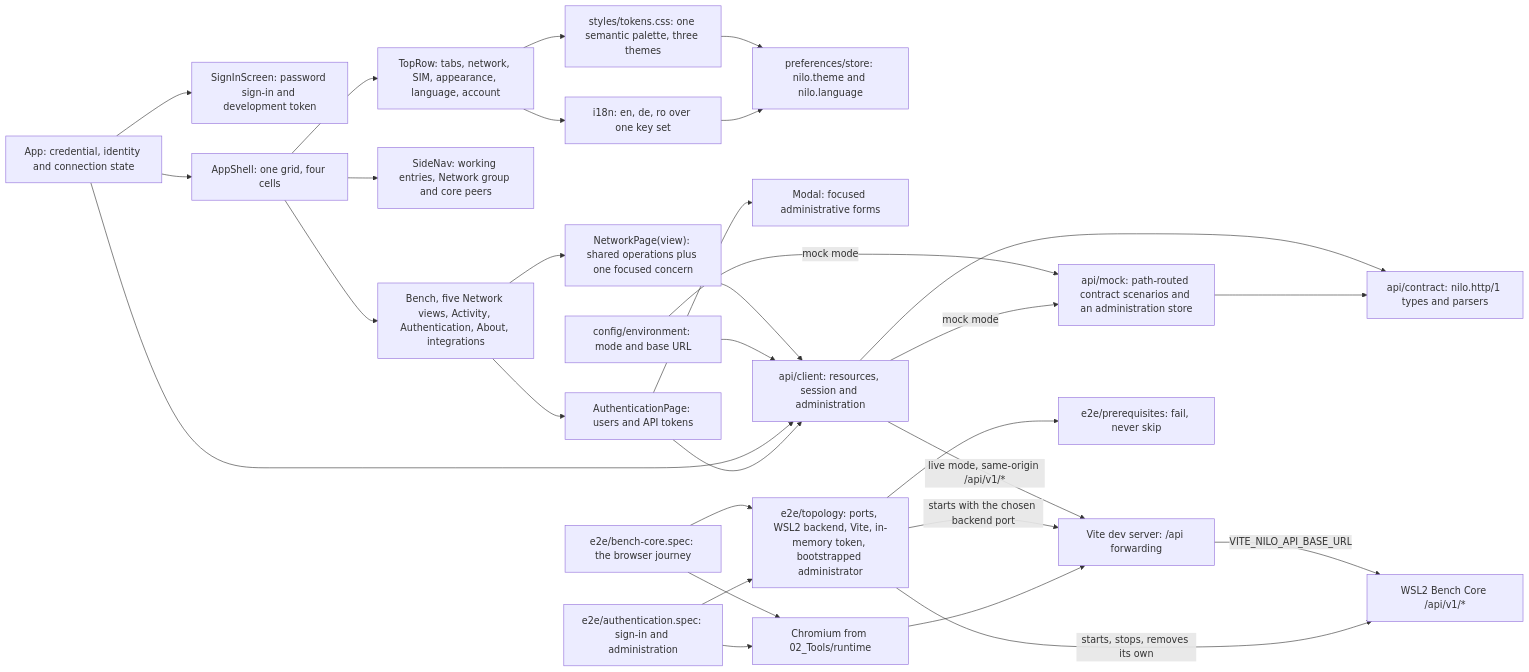
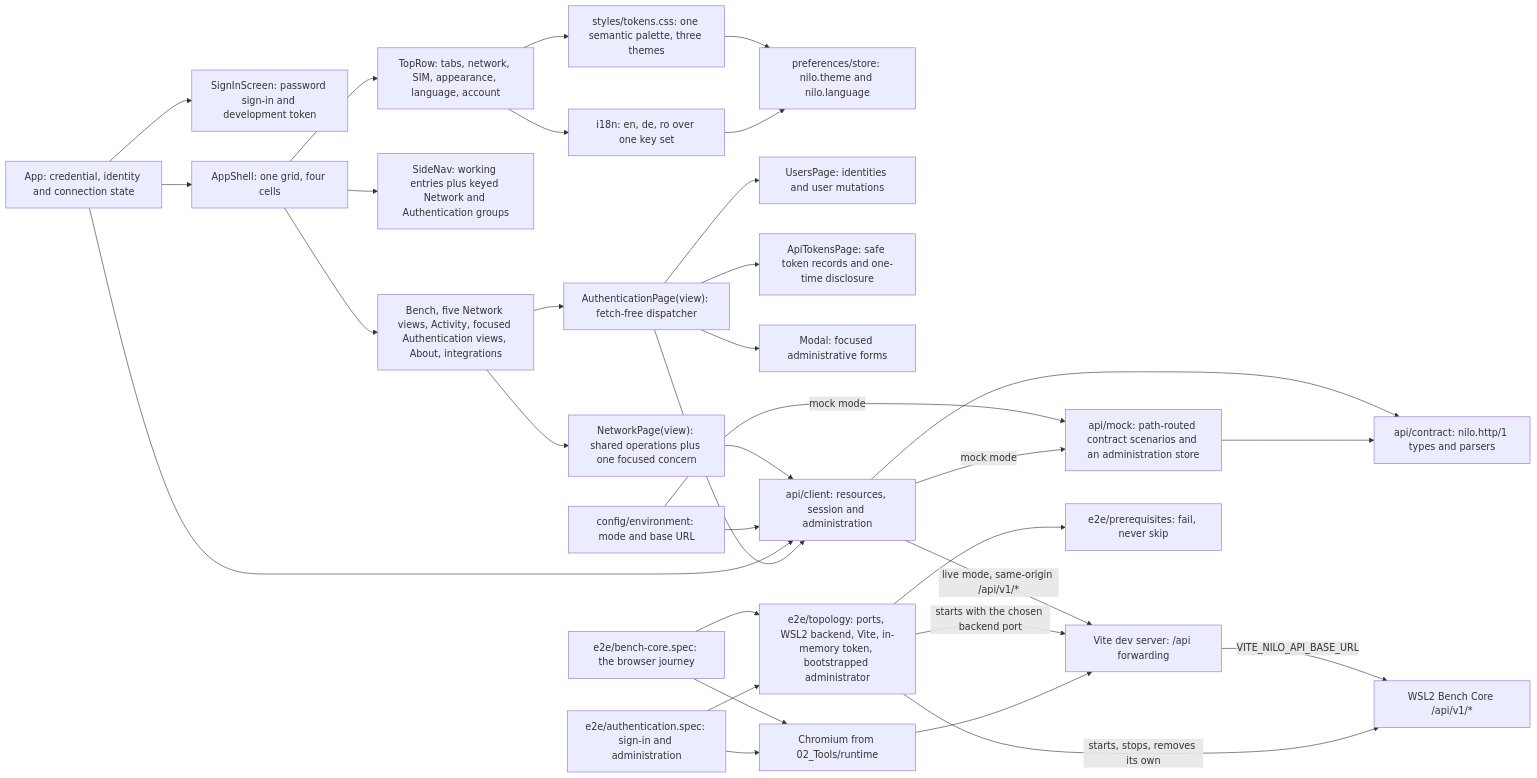
One commit to DDP-Engineering/2026_Networked_Intelligent_Lab_Orchestrator changed the diagram in .agentic/knowledge/gui-foundation.md. Above: the diagram before and after it, drawn with Mermaid. The commit also changed other lines of this file and 50 other files, not shown here.

````diff
--- a/.agentic/knowledge/gui-foundation.md
+++ b/.agentic/knowledge/gui-foundation.md
@@ -184,56 +193,60 @@
 ```mermaid
 flowchart LR
     app["App: credential, identity and connection state"]
     signin["SignInScreen: password sign-in and development token"]
     shell["AppShell: one grid, four cells"]
     toprow["TopRow: tabs, network, SIM, appearance, language, account"]
-    sidenav["SideNav: working entries, Network group and core peers"]
-    pages["Bench, five Network views, Activity, Authentication, About, integrations"]
+    sidenav["SideNav: working entries plus keyed Network and Authentication groups"]
+    pages["Bench, five Network views, Activity, focused Authentication views, About, integrations"]
     tokens["styles/tokens.css: one semantic palette, three themes"]
     catalogue["i18n: en, de, ro over one key set"]
     prefs["preferences/store: nilo.theme and nilo.language"]
-    admin["AuthenticationPage: users and API tokens"]
+    admin["AuthenticationPage(view): fetch-free dispatcher"]
+    users["UsersPage: identities and user mutations"]
+    apitokens["ApiTokensPage: safe token records and one-time disclosure"]
     netpage["NetworkPage(view): shared operations plus one focused concern"]
     modal["Modal: focused administrative forms"]
     env["config/environment: mode and base URL"]
     client["api/client: resources, session and administration"]
     contract["api/contract: nilo.http/1 types and parsers"]
     mock["api/mock: path-routed contract scenarios and an administration store"]
     proxy["Vite dev server: /api forwarding"]
     backend["WSL2 Bench Core /api/v1/*"]
     app --> signin
     app --> shell
     shell --> toprow
     shell --> sidenav
     shell --> pages
     pages --> admin
+    admin --> users
+    admin --> apitokens
     pages --> netpage
     netpage --> client
     admin --> modal
     toprow --> tokens
     toprow --> catalogue
     tokens --> prefs
     catalogue --> prefs
     env --> client
     env -- "mock mode" --> mock
     client --> contract
     mock --> contract
     app --> client
     admin --> client
     client -- "live mode, same-origin /api/v1/*" --> proxy
     proxy -- "VITE_NILO_API_BASE_URL" --> backend
     client -- "mock mode" --> mock
     harness["e2e/topology: ports, WSL2 backend, Vite, in-memory token, bootstrapped administrator"]
     prereq["e2e/prerequisites: fail, never skip"]
     spec["e2e/bench-core.spec: the browser journey"]
     adminspec["e2e/authentication.spec: sign-in and administration"]
     browser["Chromium from 02_Tools/runtime"]
     harness --> prereq
     harness -- "starts, stops, removes its own" --> backend
     harness -- "starts with the chosen backend port" --> proxy
     spec --> harness
     adminspec --> harness
     spec --> browser
     adminspec --> browser
     browser --> proxy
 ```
````
